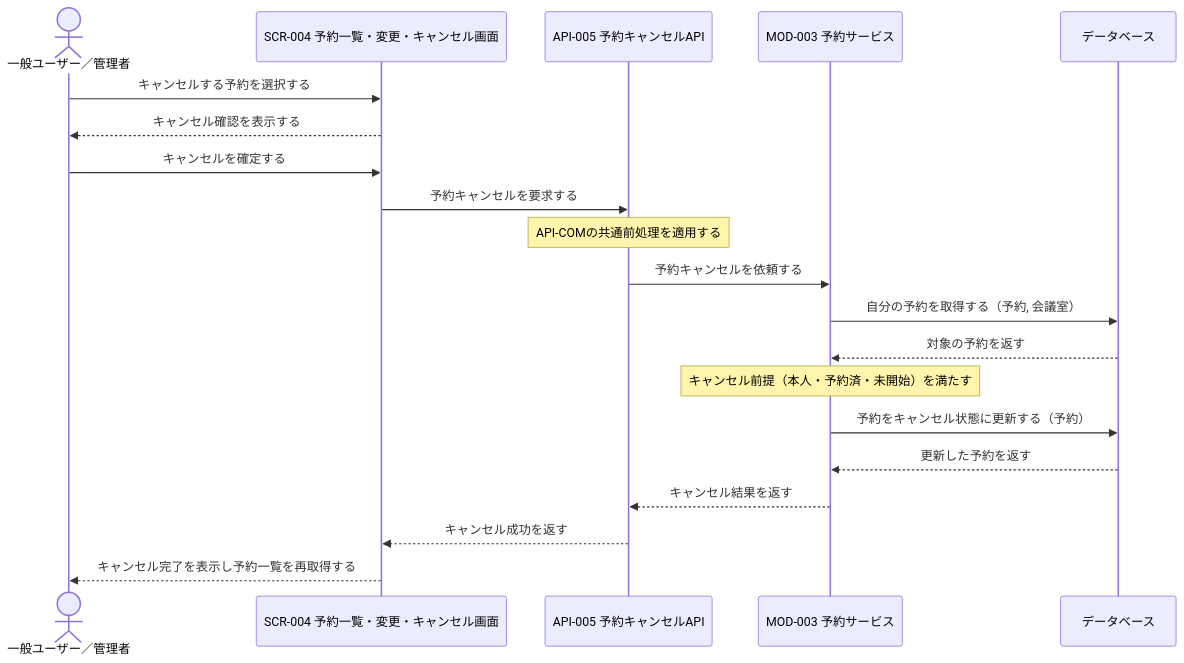
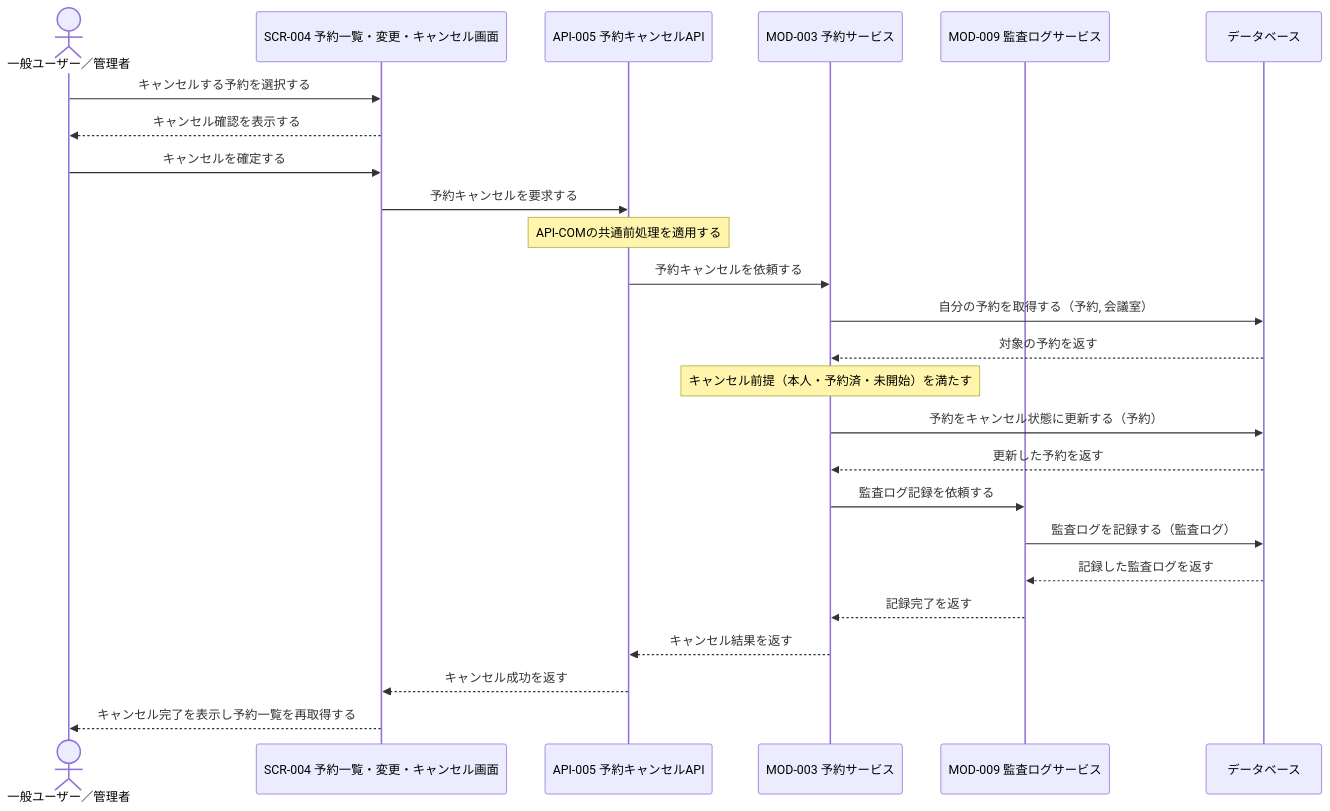
Before and after one commit to sikakou54/system-document-template: the first of 3 diagrams in docs/03_機能設計/02_シーケンス設計/SEQ-008_予約キャンセルシーケンス.md, drawn with Mermaid. The commit also changed other lines of this file and 136 other files, not shown here.

````diff
--- a/docs/03_機能設計/02_シーケンス設計/SEQ-008_予約キャンセルシーケンス.md
+++ b/docs/03_機能設計/02_シーケンス設計/SEQ-008_予約キャンセルシーケンス.md
@@ -33,23 +44,28 @@
 ```mermaid
 sequenceDiagram
     actor U as 一般ユーザー／管理者
     participant UI as SCR-004 予約一覧・変更・キャンセル画面
     participant API as API-005 予約キャンセルAPI
     participant RES as MOD-003 予約サービス
+    participant AUDIT as MOD-009 監査ログサービス
     participant DB as データベース
 
     U->>UI: キャンセルする予約を選択する
     UI-->>U: キャンセル確認を表示する
     U->>UI: キャンセルを確定する
     UI->>API: 予約キャンセルを要求する
     Note over API: API-COMの共通前処理を適用する
     API->>RES: 予約キャンセルを依頼する
     RES->>DB: 自分の予約を取得する（予約, 会議室）
     DB-->>RES: 対象の予約を返す
     Note over RES: キャンセル前提（本人・予約済・未開始）を満たす
     RES->>DB: 予約をキャンセル状態に更新する（予約）
     DB-->>RES: 更新した予約を返す
+    RES->>AUDIT: 監査ログ記録を依頼する
+    AUDIT->>DB: 監査ログを記録する（監査ログ）
+    DB-->>AUDIT: 記録した監査ログを返す
+    AUDIT-->>RES: 記録完了を返す
     RES-->>API: キャンセル結果を返す
     API-->>UI: キャンセル成功を返す
     UI-->>U: キャンセル完了を表示し予約一覧を再取得する
 ```
````
